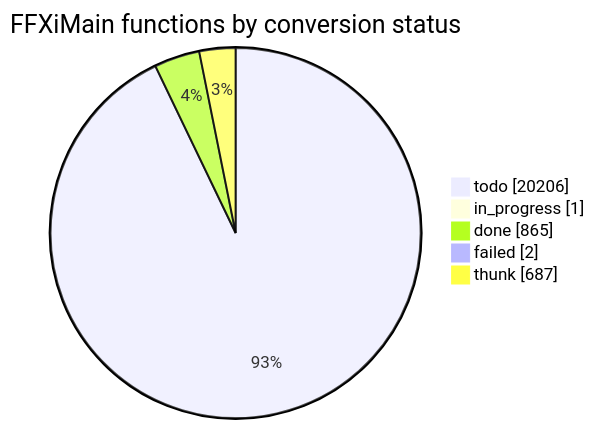
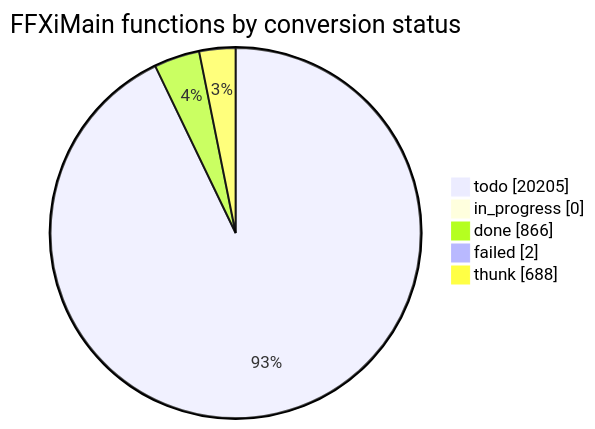
Before and after one commit to cowrevenge/cow_kuluu_xi_anything: the diagram in docs/cow/STATUS.md, drawn with Mermaid. The commit also changed other lines of this file and 9 other files, not shown here.

````diff
--- a/docs/cow/STATUS.md
+++ b/docs/cow/STATUS.md
@@ -18,9 +18,9 @@
 ```mermaid
 pie showData
     title FFXiMain functions by conversion status
-    "todo" : 20206
-    "in_progress" : 1
-    "done" : 865
+    "todo" : 20205
+    "in_progress" : 0
+    "done" : 866
     "failed" : 2
-    "thunk" : 687
+    "thunk" : 688
 ```
````
